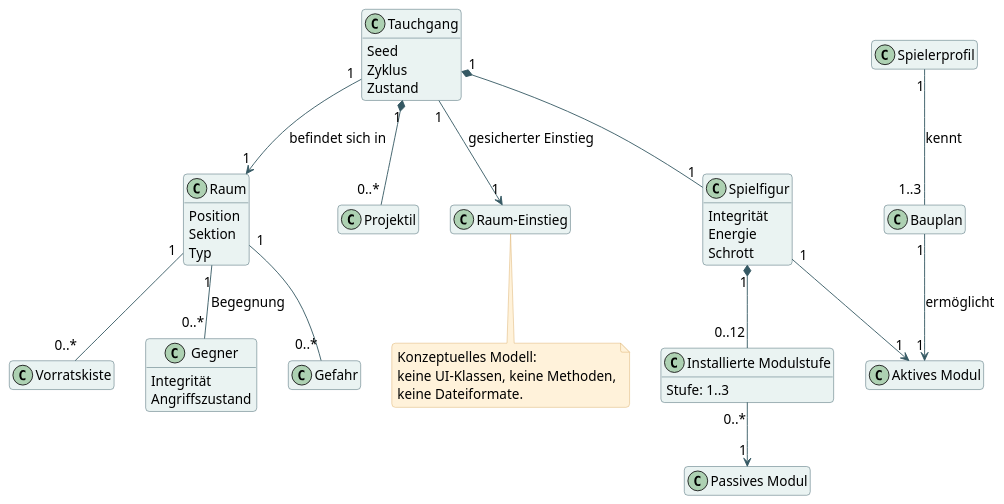
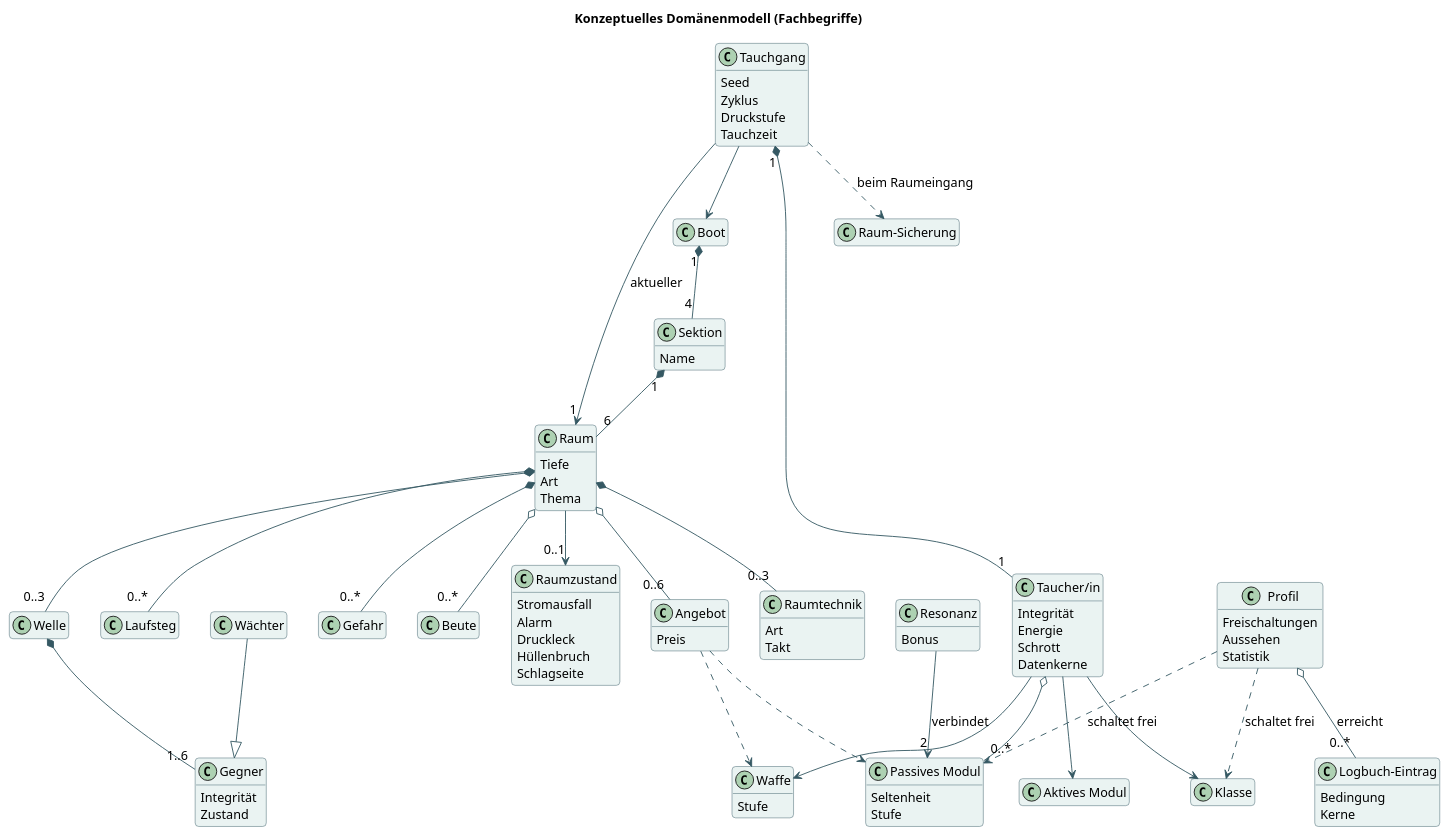
One commit to bassdav2/abyss changed the diagram in docs/diagrams/02-domain.puml. Above: the diagram before and after it, drawn with PlantUML. The commit also changed 421 other files, not shown here.

```diff
--- a/docs/diagrams/02-domain.puml
+++ b/docs/diagrams/02-domain.puml
@@ -1,66 +1,113 @@
 @startuml
 skinparam backgroundColor #FFFFFF
 skinparam defaultFontName Arial
-skinparam defaultFontSize 15
+skinparam defaultFontSize 14
 skinparam shadowing false
 skinparam roundcorner 8
 skinparam ArrowColor #355863
 skinparam classBackgroundColor #EAF3F2
 skinparam classBorderColor #355863
 skinparam participantBackgroundColor #EAF3F2
 skinparam participantBorderColor #355863
 skinparam sequenceLifeLineBorderColor #7A979C
 skinparam noteBackgroundColor #FFF2DA
 skinparam noteBorderColor #D8AA64
 skinparam packageBackgroundColor #F5F8F7
 skinparam packageBorderColor #6E8B91
+skinparam stateBackgroundColor #EAF3F2
+skinparam stateBorderColor #355863
 hide empty members
+title Konzeptuelles Domänenmodell (Fachbegriffe)
 class Tauchgang {
  Seed
  Zyklus
+ Druckstufe
+ Tauchzeit
+}
+class Boot
+class Sektion {
+ Name
+}
+class Raum {
+ Tiefe
+ Art
+ Thema
+}
+class Raumzustand {
+ Stromausfall
+ Alarm
+ Druckleck
+ Hüllenbruch
+ Schlagseite
+}
+class Raumtechnik {
+ Art
+ Takt
+}
+class Welle
+class Gegner {
+ Integrität
  Zustand
 }
-class Spielfigur {
+class Wächter
+class "Taucher/in" as Diver {
  Integrität
  Energie
  Schrott
+ Datenkerne
 }
-class Raum {
- Position
- Sektion
- Typ
+class Klasse
+class Waffe {
+ Stufe
 }
-class Gegner {
- Integrität
- Angriffszustand
+class "Aktives Modul" as Ability
+class "Passives Modul" as Item {
+ Seltenheit
+ Stufe
 }
-class Projektil
+class Angebot {
+ Preis
+}
+class Laufsteg
 class Gefahr
-class Vorratskiste
-class "Aktives Modul" as Active
-class "Passives Modul" as Passive
-class "Installierte Modulstufe" as Stack {
- Stufe: 1..3
+class Beute
+class Profil {
+ Freischaltungen
+ Aussehen
+ Statistik
 }
-class Bauplan
-class "Raum-Einstieg" as Save
-class Spielerprofil
-Tauchgang "1" *-- "1" Spielfigur
-Tauchgang "1" --> "1" Raum : befindet sich in
-Raum "1" -- "0..*" Gegner : Begegnung
-Raum "1" -- "0..*" Gefahr
-Raum "1" -- "0..*" Vorratskiste
-Tauchgang "1" *-- "0..*" Projektil
-Spielfigur "1" --> "1" Active
-Spielfigur "1" *-- "0..12" Stack
-Stack "0..*" --> "1" Passive
-Spielerprofil "1" -- "1..3" Bauplan : kennt
-Bauplan "1" --> "1" Active : ermöglicht
-Tauchgang "1" --> "1" Save : gesicherter Einstieg
-note bottom of Save
-Konzeptuelles Modell:
-keine UI-Klassen, keine Methoden,
-keine Dateiformate.
-end note
+class Resonanz {
+ Bonus
+}
+class "Logbuch-Eintrag" as Achievement {
+ Bedingung
+ Kerne
+}
+class "Raum-Sicherung" as Checkpoint
+Boot "1" *-- "4" Sektion
+Sektion "1" *-- "6" Raum
+Tauchgang --> Boot
+Tauchgang "1" *-- "1" Diver
+Tauchgang --> "1" Raum : aktueller
+Raum *-- "0..3" Welle
+Welle *-- "1..6" Gegner
+Wächter --|> Gegner
+Raum *-- "0..*" Laufsteg
+Raum *-- "0..*" Gefahr
+Raum o-- "0..*" Beute
+Raum o-- "0..6" Angebot
+Diver --> Klasse
+Diver --> Waffe
+Diver --> Ability
+Diver o-- "0..*" Item
+Angebot ..> Item
+Angebot ..> Waffe
+Profil ..> Klasse : schaltet frei
+Profil ..> Item : schaltet frei
+Profil o-- "0..*" Achievement : erreicht
+Raum --> "0..1" Raumzustand
+Raum *-- "0..3" Raumtechnik
+Resonanz --> "2" Item : verbindet
+Tauchgang ..> Checkpoint : beim Raumeingang
 
 @enduml
```
